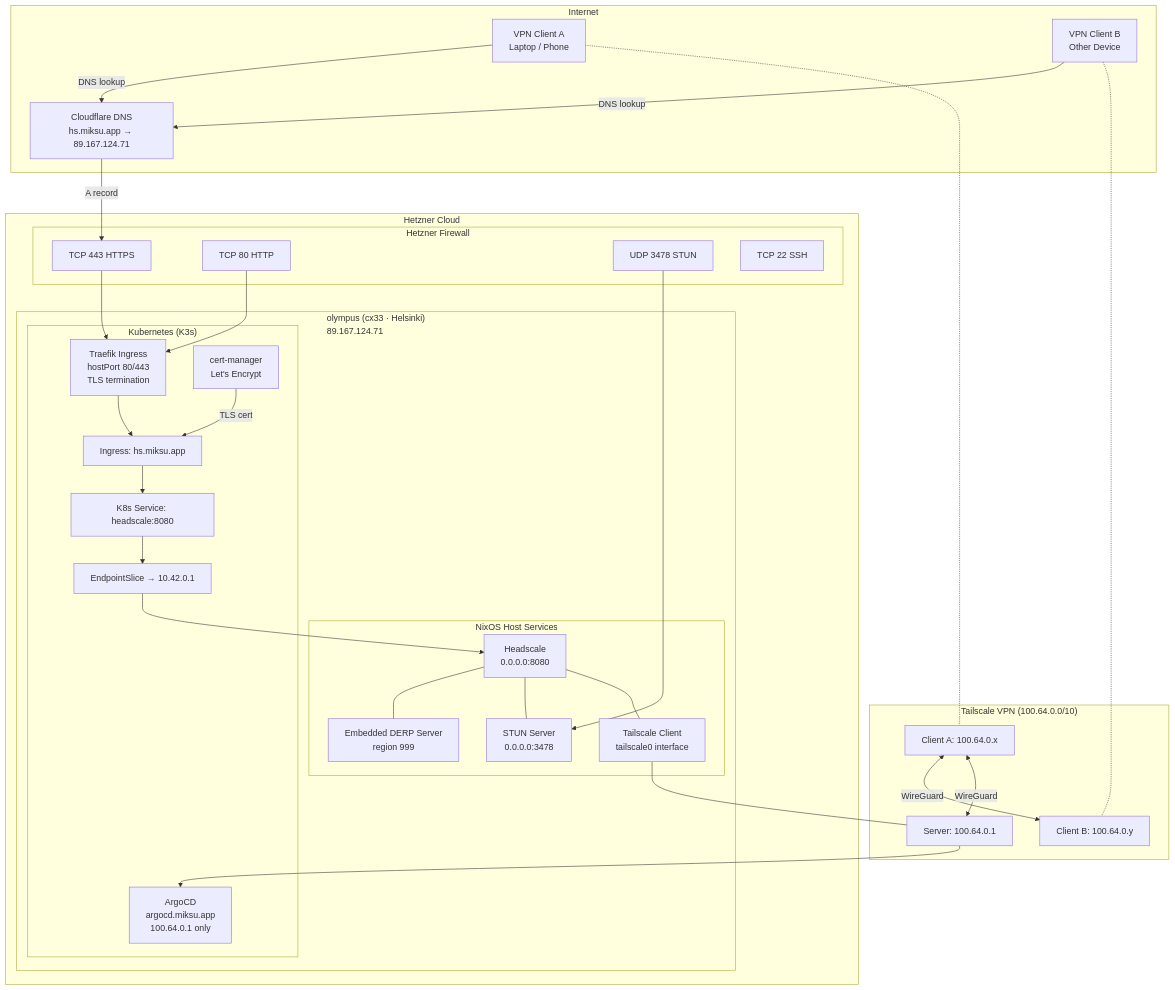
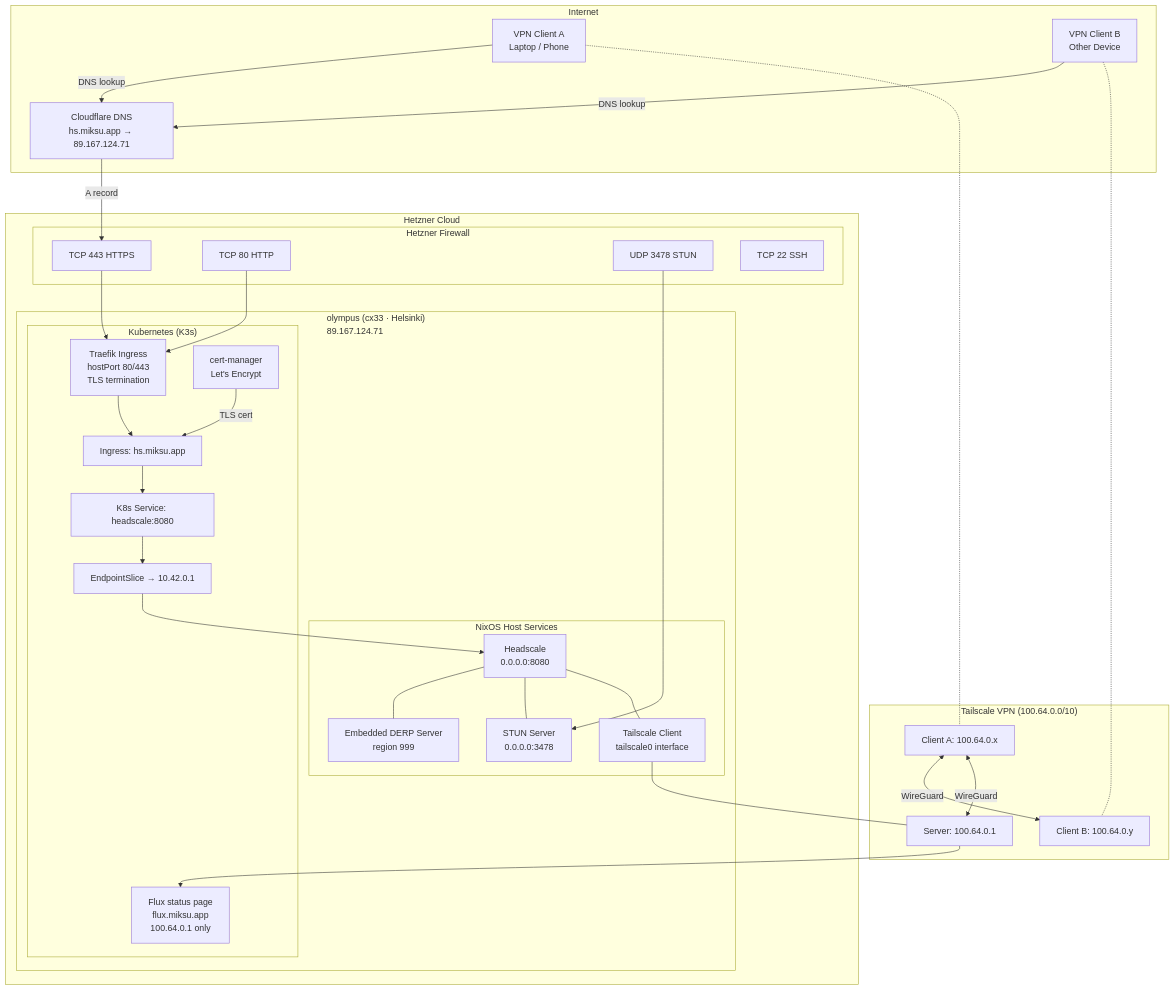
One commit to MikaelSiidorow/systems changed the first of 4 diagrams in docs/headscale-network-diagram.md. Above: the diagram before and after it, drawn with Mermaid. The commit also changed other lines of this file and 22 other files, not shown here.

First line of the commit message:
chore(flux): remove argo cd and tofu/k8s (#355)

````diff
--- a/docs/headscale-network-diagram.md
+++ b/docs/headscale-network-diagram.md
@@ -5,63 +5,63 @@
 ```mermaid
 graph TB
     subgraph Internet
         CLIENT_A[VPN Client A<br/>Laptop / Phone]
         CLIENT_B[VPN Client B<br/>Other Device]
         CF[Cloudflare DNS<br/>hs.miksu.app → 89.167.124.71]
     end
 
     subgraph Hetzner Cloud
         subgraph Firewall["Hetzner Firewall"]
             FW_443[TCP 443 HTTPS]
             FW_80[TCP 80 HTTP]
             FW_3478[UDP 3478 STUN]
             FW_22[TCP 22 SSH]
         end
 
         subgraph Server["olympus (cx33 · Helsinki)<br/>89.167.124.71"]
             subgraph K8s["Kubernetes (K3s)"]
                 TRAEFIK["Traefik Ingress<br/>hostPort 80/443<br/>TLS termination"]
                 CERTMGR["cert-manager<br/>Let's Encrypt"]
                 INGRESS["Ingress: hs.miksu.app"]
                 SVC["K8s Service: headscale:8080"]
                 EP["EndpointSlice → 10.42.0.1"]
-                ARGOCD["ArgoCD<br/>argocd.miksu.app<br/>100.64.0.1 only"]
+                FLUXUI["Flux status page<br/>flux.miksu.app<br/>100.64.0.1 only"]
             end
 
             subgraph NixOS["NixOS Host Services"]
                 HS["Headscale<br/>0.0.0.0:8080"]
                 DERP["Embedded DERP Server<br/>region 999"]
                 STUN["STUN Server<br/>0.0.0.0:3478"]
                 TS["Tailscale Client<br/>tailscale0 interface"]
             end
         end
     end
 
     subgraph Tailscale Network ["Tailscale VPN (100.64.0.0/10)"]
         TS_SERVER["Server: 100.64.0.1"]
         TS_CLIENT_A["Client A: 100.64.0.x"]
         TS_CLIENT_B["Client B: 100.64.0.y"]
     end
 
     CLIENT_A -->|DNS lookup| CF
     CLIENT_B -->|DNS lookup| CF
     CF -->|A record| FW_443
     FW_443 --> TRAEFIK
     FW_80 --> TRAEFIK
     FW_3478 --> STUN
     TRAEFIK --> INGRESS
     INGRESS --> SVC
     SVC --> EP
     EP --> HS
     CERTMGR -->|TLS cert| INGRESS
     HS --- DERP
     HS --- STUN
     HS --- TS
 
     TS --- TS_SERVER
     CLIENT_A -.- TS_CLIENT_A
     CLIENT_B -.- TS_CLIENT_B
     TS_CLIENT_A <-->|WireGuard| TS_CLIENT_B
     TS_CLIENT_A <-->|WireGuard| TS_SERVER
-    TS_SERVER --> ARGOCD
+    TS_SERVER --> FLUXUI
 ```
````
